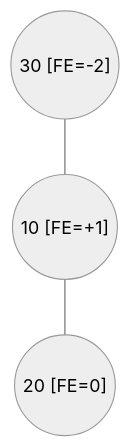
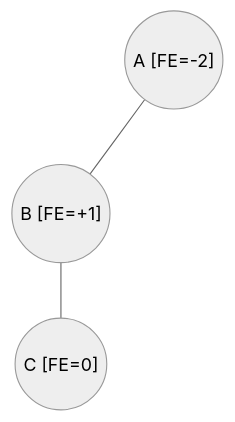
Before and after one commit to frijolitobandido/Guia_Matematica_Discreta: diagram 24 of 34 in 03-arboles.md, drawn with Mermaid (neutral theme). The commit also changed other lines of this file, not shown here.

````diff
--- a/03-arboles.md
+++ b/03-arboles.md
@@ -608,5 +646,9 @@
 ```mermaid
 graph TD
-    e1(("30 [FE=-2]")) --- e2(("10 [FE=+1]"))
-    e2 --- e3(("20 [FE=0]"))
+    e1(("A [FE=-2]")) --- e2(("B [FE=+1]"))
+    e1 ~~~ sp1(( )):::invisible
+    sp2(( )):::invisible ~~~ e2
+    e2 --- e3(("C [FE=0]"))
+
+    classDef invisible fill:none,stroke:none
 ```
````
